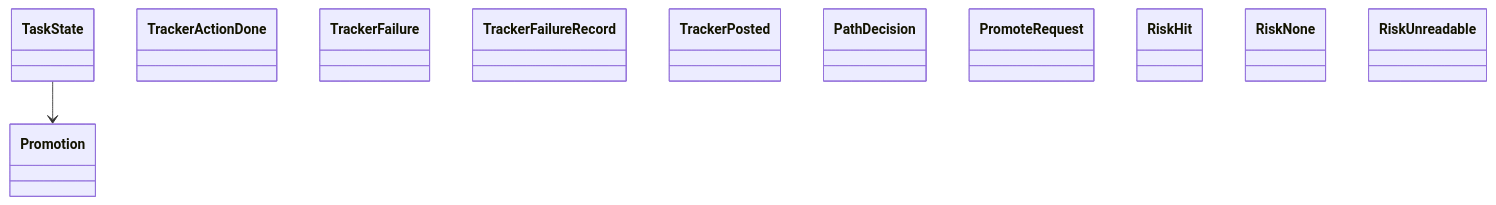
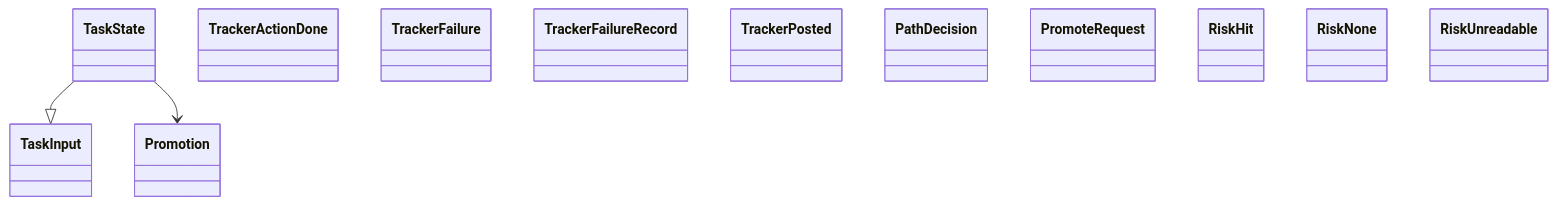
The diagram in docs/architecture/generated/classes-process-domain-state-7.md (GonzaloZevallos/agentic-system), drawn with Mermaid before and after one commit. The commit also changed other lines of this file and 4 other files, not shown here.

````diff
--- a/docs/architecture/generated/classes-process-domain-state-7.md
+++ b/docs/architecture/generated/classes-process-domain-state-7.md
@@ -26,15 +26,17 @@
 ```mermaid
 classDiagram
+    class task__TaskInput["TaskInput"]
     class task__TaskState["TaskState"]
     class task__TrackerActionDone["TrackerActionDone"]
     class task__TrackerFailure["TrackerFailure"]
     class task__TrackerFailureRecord["TrackerFailureRecord"]
     class task__TrackerPosted["TrackerPosted"]
     class task_path__PathDecision["PathDecision"]
     class task_path__PromoteRequest["PromoteRequest"]
     class task_path__Promotion["Promotion"]
     class task_path__RiskHit["RiskHit"]
     class task_path__RiskNone["RiskNone"]
     class task_path__RiskUnreadable["RiskUnreadable"]
+    task__TaskState --|> task__TaskInput
     task__TaskState --> task_path__Promotion
 ```
````
